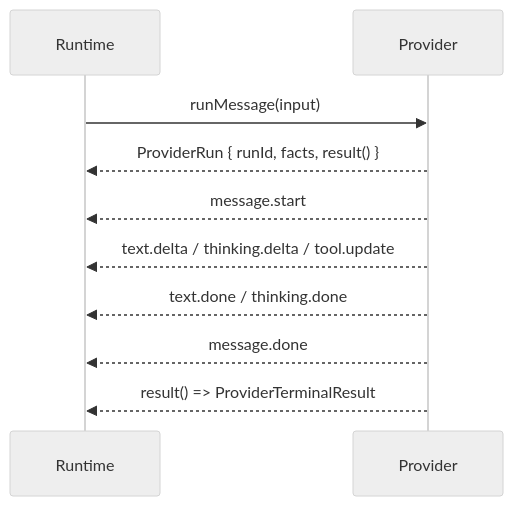
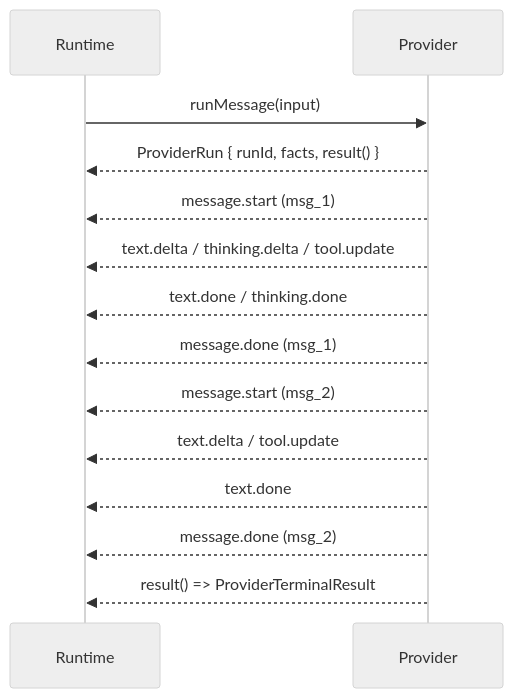
Before and after one commit to yuzhangCZ/agent-plugin: the first of 3 diagrams in docs/design/interfaces/bridge-runtime-sdk-integration.md, drawn with Mermaid (neutral theme). The commit also changed other lines of this file, not shown here.

First line of the commit message:
docs(bridge-runtime-sdk): 补充 result 收口约束、中断时序图和示例重写

````diff
--- a/docs/design/interfaces/bridge-runtime-sdk-integration.md
+++ b/docs/design/interfaces/bridge-runtime-sdk-integration.md
@@ -419,15 +436,20 @@
 ```mermaid
 sequenceDiagram
   participant RT as Runtime
   participant P as Provider
 
   RT->>P: runMessage(input)
   P-->>RT: ProviderRun { runId, facts, result() }
 
-  P-->>RT: message.start
+  P-->>RT: message.start (msg_1)
   P-->>RT: text.delta / thinking.delta / tool.update
   P-->>RT: text.done / thinking.done
-  P-->>RT: message.done
+  P-->>RT: message.done (msg_1)
+
+  P-->>RT: message.start (msg_2)
+  P-->>RT: text.delta / tool.update
+  P-->>RT: text.done
+  P-->>RT: message.done (msg_2)
 
   P-->>RT: result() => ProviderTerminalResult
 ```
````
